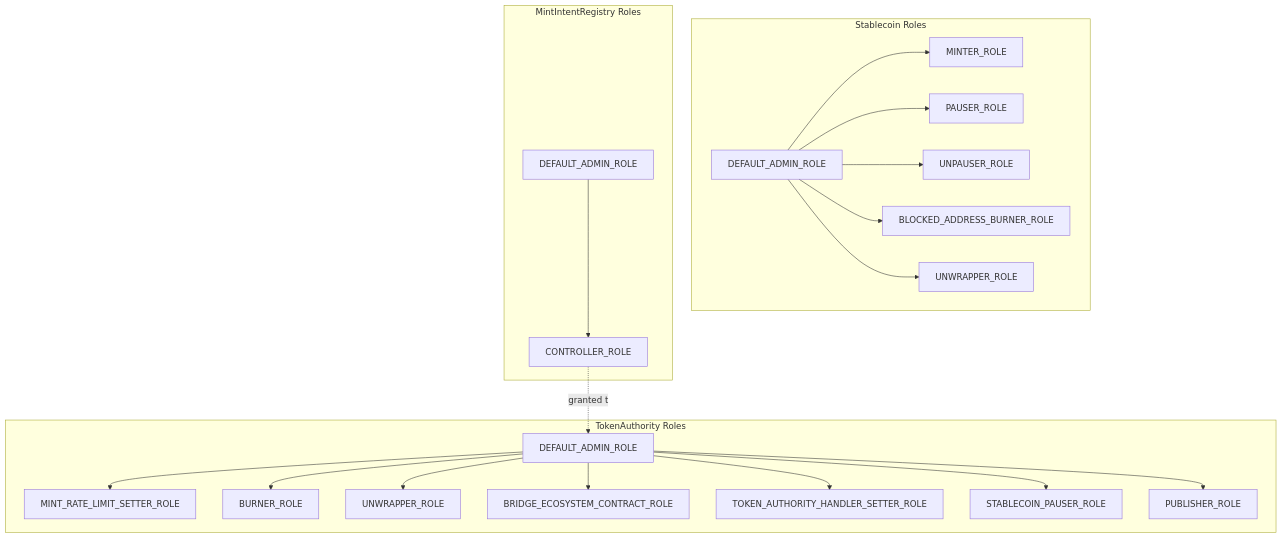
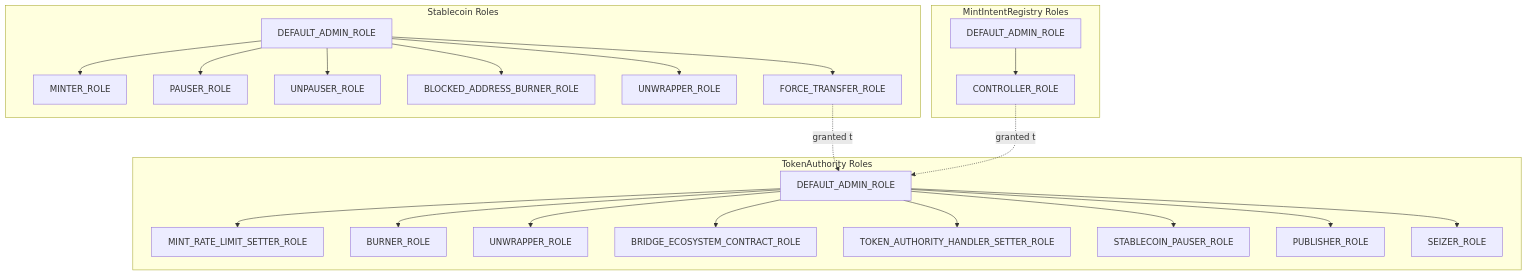
One commit to withbridge/erc20-stablecoin-template changed the first of 4 diagrams in docs/ACCESS_CONTROL.md. Above: the diagram before and after it, drawn with Mermaid. The commit also changed other lines of this file and 20 other files, not shown here.

First line of the commit message:
feat: seize from frozen holders via TokenAuthority, V3 forceTransfer, and TIP20Controller

````diff
--- a/docs/ACCESS_CONTROL.md
+++ b/docs/ACCESS_CONTROL.md
@@ -5,44 +5,49 @@
 ```mermaid
 graph TB
     subgraph "Stablecoin Roles"
         DA[DEFAULT_ADMIN_ROLE]
         M[MINTER_ROLE]
         P[PAUSER_ROLE]
         UP[UNPAUSER_ROLE]
         BAB[BLOCKED_ADDRESS_BURNER_ROLE]
         UW[UNWRAPPER_ROLE]
+        FT[FORCE_TRANSFER_ROLE]
     end
 
     subgraph "TokenAuthority Roles"
         TA_DA[DEFAULT_ADMIN_ROLE]
         MRLS[MINT_RATE_LIMIT_SETTER_ROLE]
         B[BURNER_ROLE]
         TA_UW[UNWRAPPER_ROLE]
         BEC[BRIDGE_ECOSYSTEM_CONTRACT_ROLE]
         THS[TOKEN_AUTHORITY_HANDLER_SETTER_ROLE]
         SP[STABLECOIN_PAUSER_ROLE]
         PUB[PUBLISHER_ROLE]
+        SZ[SEIZER_ROLE]
     end
 
     subgraph "MintIntentRegistry Roles"
         MIR_DA[DEFAULT_ADMIN_ROLE]
         CR[CONTROLLER_ROLE]
     end
 
     DA --> M
     DA --> P
     DA --> UP
     DA --> BAB
     DA --> UW
+    DA --> FT
 
     TA_DA --> MRLS
     TA_DA --> B
     TA_DA --> TA_UW
     TA_DA --> BEC
     TA_DA --> THS
     TA_DA --> SP
     TA_DA --> PUB
+    TA_DA --> SZ
+    FT -.granted to.-> TA_DA
 
     MIR_DA --> CR
     CR -.granted to.-> TA_DA
 ```
````
